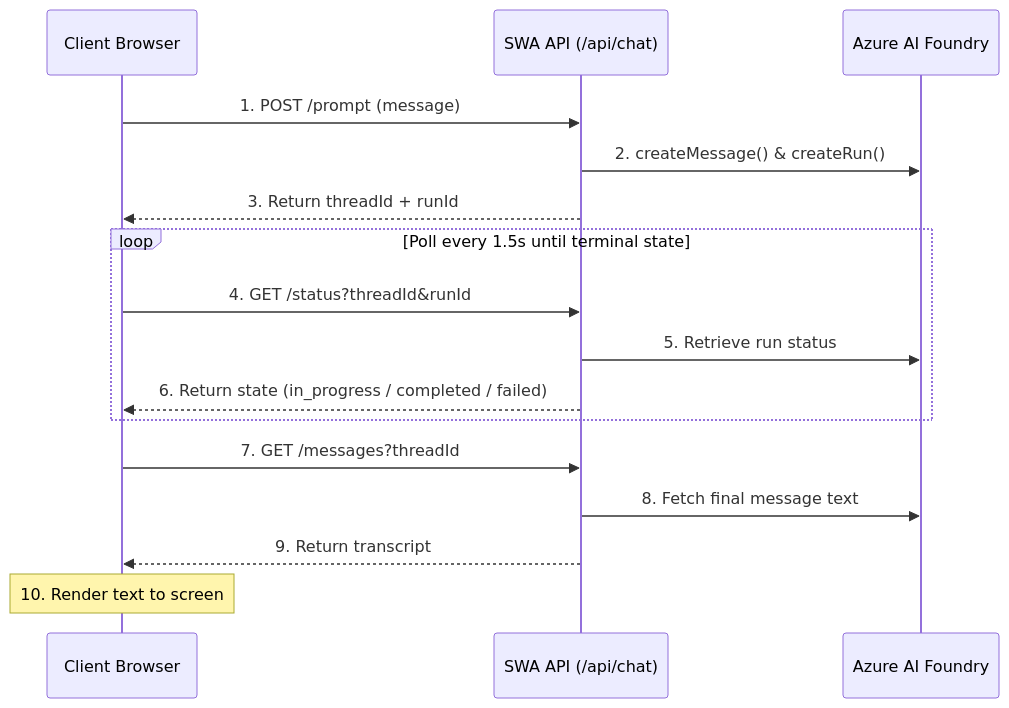
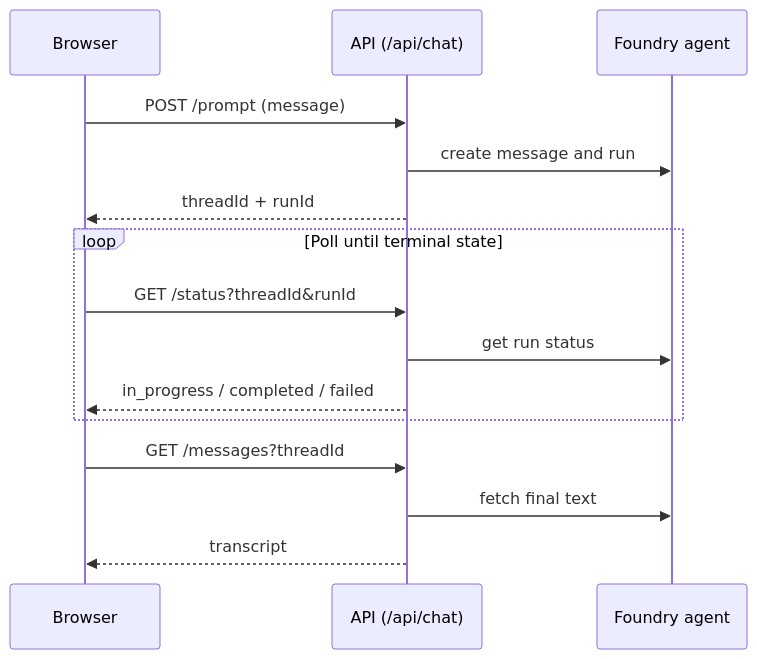
One commit to micro-and-soft/XiaoCao changed the second of 2 diagrams in design.md. Above: the diagram before and after it, drawn with Mermaid. The commit also changed other lines of this file and 7 other files, not shown here.

````diff
--- a/design.md
+++ b/design.md
@@ -53,21 +40,18 @@
 ```mermaid
 sequenceDiagram
-    participant C as Client Browser
-    participant A as SWA API (/api/chat)
-    participant F as Azure AI Foundry
+    participant C as Browser
+    participant A as API (/api/chat)
+    participant F as Foundry agent
 
-    C->>A: 1. POST /prompt (message)
-    A->>F: 2. createMessage() & createRun()
-    A-->>C: 3. Return threadId + runId
-
-    loop Poll every 1.5s until terminal state
-        C->>A: 4. GET /status?threadId&runId
-        A->>F: 5. Retrieve run status
-        A-->>C: 6. Return state (in_progress / completed / failed)
+    C->>A: POST /prompt (message)
+    A->>F: create message and run
+    A-->>C: threadId + runId
+    loop Poll until terminal state
+        C->>A: GET /status?threadId&runId
+        A->>F: get run status
+        A-->>C: in_progress / completed / failed
     end
-
-    C->>A: 7. GET /messages?threadId
-    A->>F: 8. Fetch final message text
-    A-->>C: 9. Return transcript
-    Note over C: 10. Render text to screen
+    C->>A: GET /messages?threadId
+    A->>F: fetch final text
+    A-->>C: transcript
 ```
````
